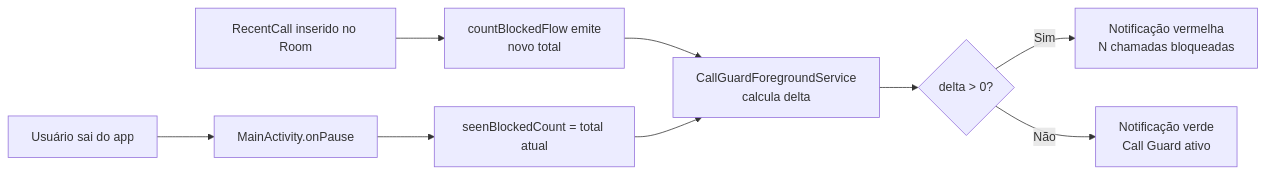
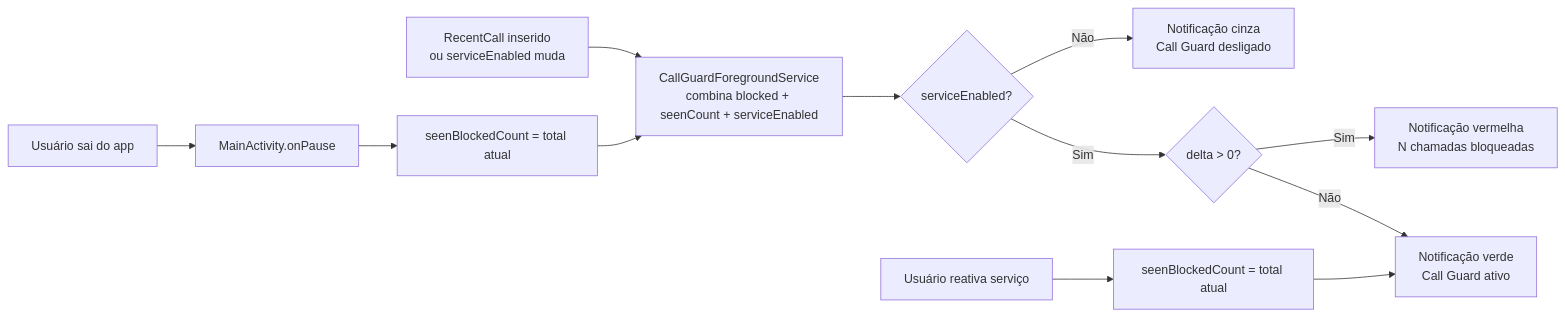
One commit to acdcmaia/call-guard changed the third of 3 diagrams in ARCHITECTURE.md. Above: the diagram before and after it, drawn with Mermaid. The commit also changed other lines of this file and 15 other files, not shown here.

````diff
--- a/ARCHITECTURE.md
+++ b/ARCHITECTURE.md
@@ -335,12 +358,16 @@
 ```mermaid
 flowchart LR
-    A[RecentCall inserido no Room] --> B[countBlockedFlow emite\nnovo total]
-    B --> C[CallGuardForegroundService\ncalcula delta]
-    C --> D{delta > 0?}
+    A[RecentCall inserido\nou serviceEnabled muda] --> C[CallGuardForegroundService\ncombina blocked + seenCount + serviceEnabled]
+    C --> DIS{serviceEnabled?}
+    DIS -- Não --> GR[Notificação cinza\nCall Guard desligado]
+    DIS -- Sim --> D{delta > 0?}
     D -- Sim --> E[Notificação vermelha\nN chamadas bloqueadas]
     D -- Não --> F[Notificação verde\nCall Guard ativo]
 
     G[Usuário sai do app] --> H[MainActivity.onPause]
     H --> I[seenBlockedCount = total atual]
     I --> C
+
+    J[Usuário reativa serviço] --> K[seenBlockedCount = total atual]
+    K --> F
 ```
````
